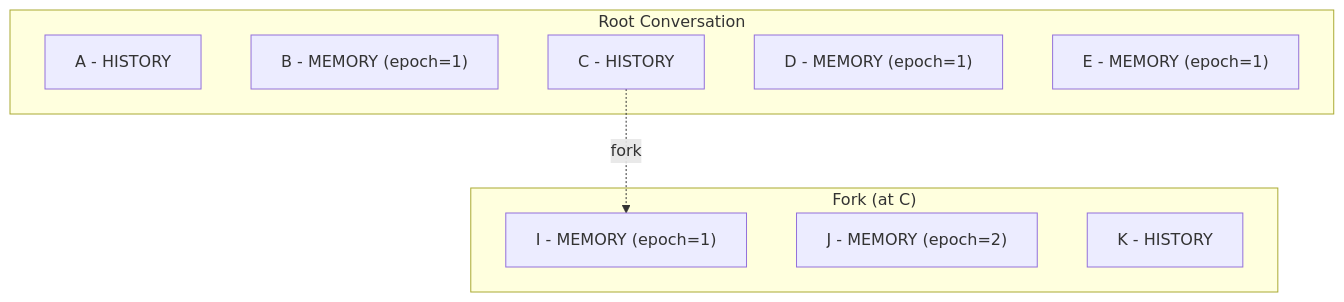
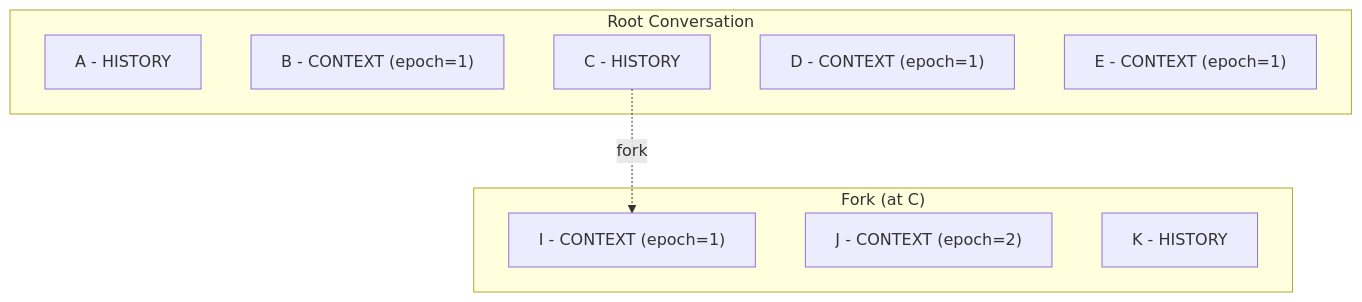
Before and after one commit to chirino/memory-service: diagram 11 of 15 in docs/entry-data-model.md, drawn with Mermaid. The commit also changed other lines of this file and 44 other files, not shown here.

````diff
--- a/docs/entry-data-model.md
+++ b/docs/entry-data-model.md
@@ -378,18 +378,18 @@
 ```mermaid
 flowchart TB
     subgraph "Root Conversation"
         R_A[A - HISTORY]
-        R_B["B - MEMORY (epoch=1)"]
+        R_B["B - CONTEXT (epoch=1)"]
         R_C[C - HISTORY]
-        R_D["D - MEMORY (epoch=1)"]
-        R_E["E - MEMORY (epoch=1)"]
+        R_D["D - CONTEXT (epoch=1)"]
+        R_E["E - CONTEXT (epoch=1)"]
     end
 
     subgraph "Fork (at C)"
-        F_I["I - MEMORY (epoch=1)"]
-        F_J["J - MEMORY (epoch=2)"]
+        F_I["I - CONTEXT (epoch=1)"]
+        F_J["J - CONTEXT (epoch=2)"]
         F_K[K - HISTORY]
     end
 
     R_C -.->|fork| F_I
 ```
````
